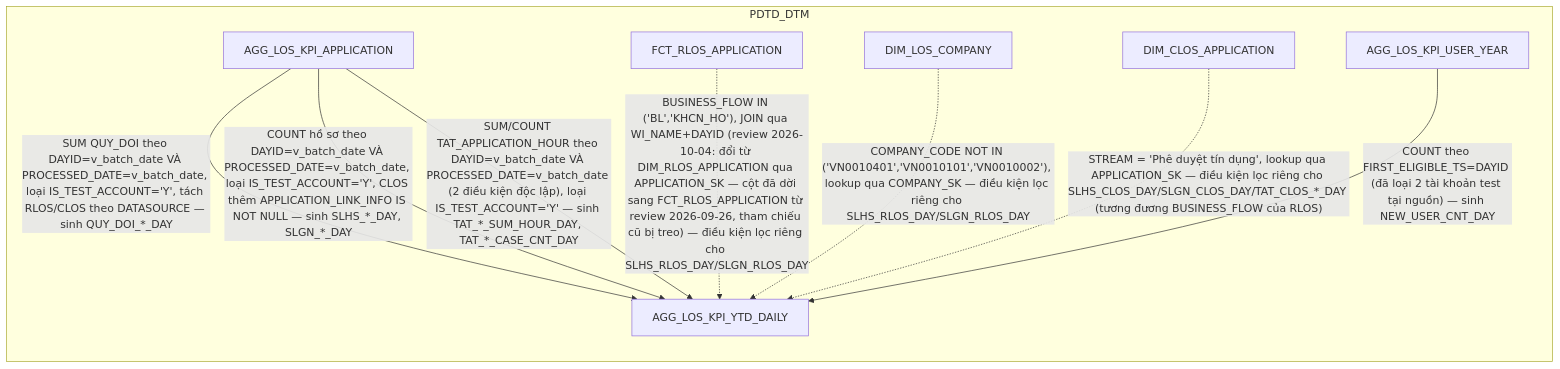
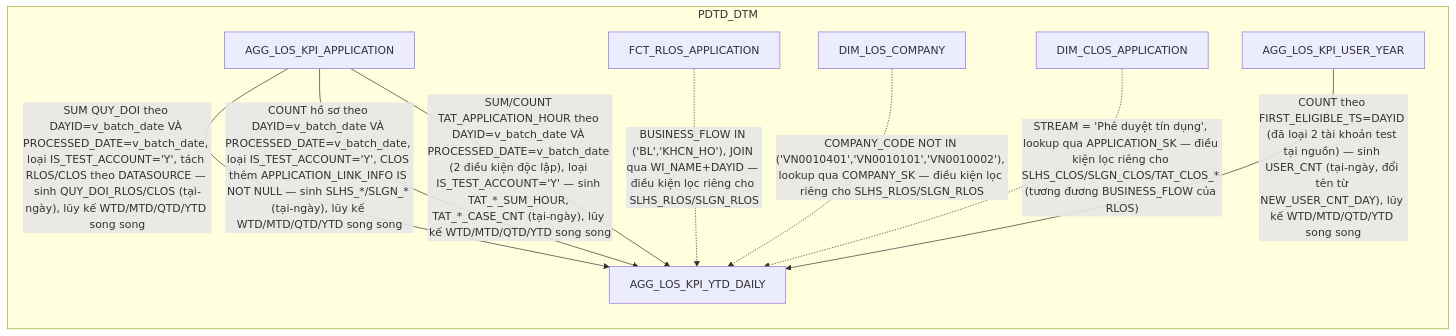
The first of 19 diagrams in hld/hld_review/HLD_FCT_PDTD_DTM_review.md (chien1198/sb-mapping-gen), drawn with Mermaid before and after one commit. The commit also changed other lines of this file and 9 other files, not shown here.

````diff
--- a/hld/hld_review/HLD_FCT_PDTD_DTM_review.md
+++ b/hld/hld_review/HLD_FCT_PDTD_DTM_review.md
@@ -14,18 +15,18 @@
 ```mermaid
 flowchart LR
     subgraph PDTD_DTM
         A["AGG_LOS_KPI_APPLICATION"]
         D1["FCT_RLOS_APPLICATION"]
         D3["DIM_CLOS_APPLICATION"]
         D2["DIM_LOS_COMPANY"]
         M["AGG_LOS_KPI_USER_YEAR"]
         F["AGG_LOS_KPI_YTD_DAILY"]
     end
-    A -->|"SUM QUY_DOI theo DAYID=v_batch_date VÀ PROCESSED_DATE=v_batch_date, loại IS_TEST_ACCOUNT='Y', tách RLOS/CLOS theo DATASOURCE — sinh QUY_DOI_*_DAY"| F
-    A -->|"COUNT hồ sơ theo DAYID=v_batch_date VÀ PROCESSED_DATE=v_batch_date, loại IS_TEST_ACCOUNT='Y', CLOS thêm APPLICATION_LINK_INFO IS NOT NULL — sinh SLHS_*_DAY, SLGN_*_DAY"| F
-    D1 -.->|"BUSINESS_FLOW IN ('BL','KHCN_HO'), JOIN qua WI_NAME+DAYID (review 2026-10-04: đổi từ DIM_RLOS_APPLICATION qua APPLICATION_SK — cột đã dời sang FCT_RLOS_APPLICATION từ review 2026-09-26, tham chiếu cũ bị treo) — điều kiện lọc riêng cho SLHS_RLOS_DAY/SLGN_RLOS_DAY"| F
-    D2 -.->|"COMPANY_CODE NOT IN ('VN0010401','VN0010101','VN0010002'), lookup qua COMPANY_SK — điều kiện lọc riêng cho SLHS_RLOS_DAY/SLGN_RLOS_DAY"| F
-    D3 -.->|"STREAM = 'Phê duyệt tín dụng', lookup qua APPLICATION_SK — điều kiện lọc riêng cho SLHS_CLOS_DAY/SLGN_CLOS_DAY/TAT_CLOS_*_DAY (tương đương BUSINESS_FLOW của RLOS)"| F
-    A -->|"SUM/COUNT TAT_APPLICATION_HOUR theo DAYID=v_batch_date VÀ PROCESSED_DATE=v_batch_date (2 điều kiện độc lập), loại IS_TEST_ACCOUNT='Y' — sinh TAT_*_SUM_HOUR_DAY, TAT_*_CASE_CNT_DAY"| F
-    M -->|"COUNT theo FIRST_ELIGIBLE_TS=DAYID (đã loại 2 tài khoản test tại nguồn) — sinh NEW_USER_CNT_DAY"| F
+    A -->|"SUM QUY_DOI theo DAYID=v_batch_date VÀ PROCESSED_DATE=v_batch_date, loại IS_TEST_ACCOUNT='Y', tách RLOS/CLOS theo DATASOURCE — sinh QUY_DOI_RLOS/CLOS (tại-ngày), lũy kế WTD/MTD/QTD/YTD song song "| F
+    A -->|"COUNT hồ sơ theo DAYID=v_batch_date VÀ PROCESSED_DATE=v_batch_date, loại IS_TEST_ACCOUNT='Y', CLOS thêm APPLICATION_LINK_INFO IS NOT NULL — sinh SLHS_*/SLGN_* (tại-ngày), lũy kế WTD/MTD/QTD/YTD song song "| F
+    D1 -.->|"BUSINESS_FLOW IN ('BL','KHCN_HO'), JOIN qua WI_NAME+DAYID — điều kiện lọc riêng cho SLHS_RLOS/SLGN_RLOS"| F
+    D2 -.->|"COMPANY_CODE NOT IN ('VN0010401','VN0010101','VN0010002'), lookup qua COMPANY_SK — điều kiện lọc riêng cho SLHS_RLOS/SLGN_RLOS"| F
+    D3 -.->|"STREAM = 'Phê duyệt tín dụng', lookup qua APPLICATION_SK — điều kiện lọc riêng cho SLHS_CLOS/SLGN_CLOS/TAT_CLOS_* (tương đương BUSINESS_FLOW của RLOS)"| F
+    A -->|"SUM/COUNT TAT_APPLICATION_HOUR theo DAYID=v_batch_date VÀ PROCESSED_DATE=v_batch_date (2 điều kiện độc lập), loại IS_TEST_ACCOUNT='Y' — sinh TAT_*_SUM_HOUR, TAT_*_CASE_CNT (tại-ngày), lũy kế WTD/MTD/QTD/YTD song song"| F
+    M -->|"COUNT theo FIRST_ELIGIBLE_TS=DAYID (đã loại 2 tài khoản test tại nguồn) — sinh USER_CNT (tại-ngày, đổi tên từ NEW_USER_CNT_DAY), lũy kế WTD/MTD/QTD/YTD song song"| F
 ```
````
